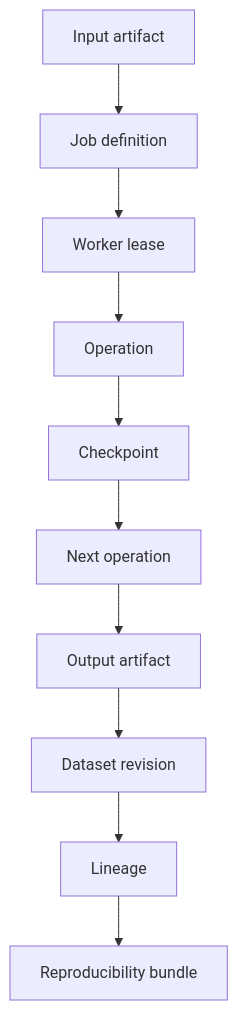
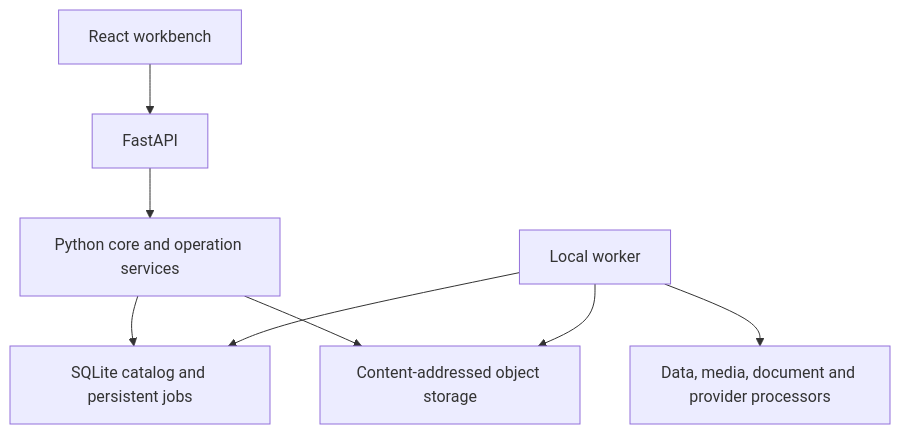
Before and after one commit to Cyanex1702/MediaSensei: the diagram in README.md, drawn with Mermaid. The commit also changed other lines of this file and 45 other files, not shown here.

````diff
--- a/README.md
+++ b/README.md
@@ -258,12 +221,10 @@
 ```mermaid
 flowchart TD
-    A[Input artifact] --> B[Job definition]
-    B --> C[Worker lease]
-    C --> D[Operation]
-    D --> E[Checkpoint]
-    E --> F[Next operation]
-    F --> G[Output artifact]
-    G --> H[Dataset revision]
-    H --> I[Lineage]
-    I --> J[Reproducibility bundle]
+    UI[React workbench] --> API[FastAPI]
+    API --> Core[Python core and operation services]
+    Core --> Catalog[SQLite catalog and persistent jobs]
+    Core --> Objects[Content-addressed object storage]
+    Worker[Local worker] --> Catalog
+    Worker --> Objects
+    Worker --> Tools[Data, media, document and provider processors]
 ```
````
